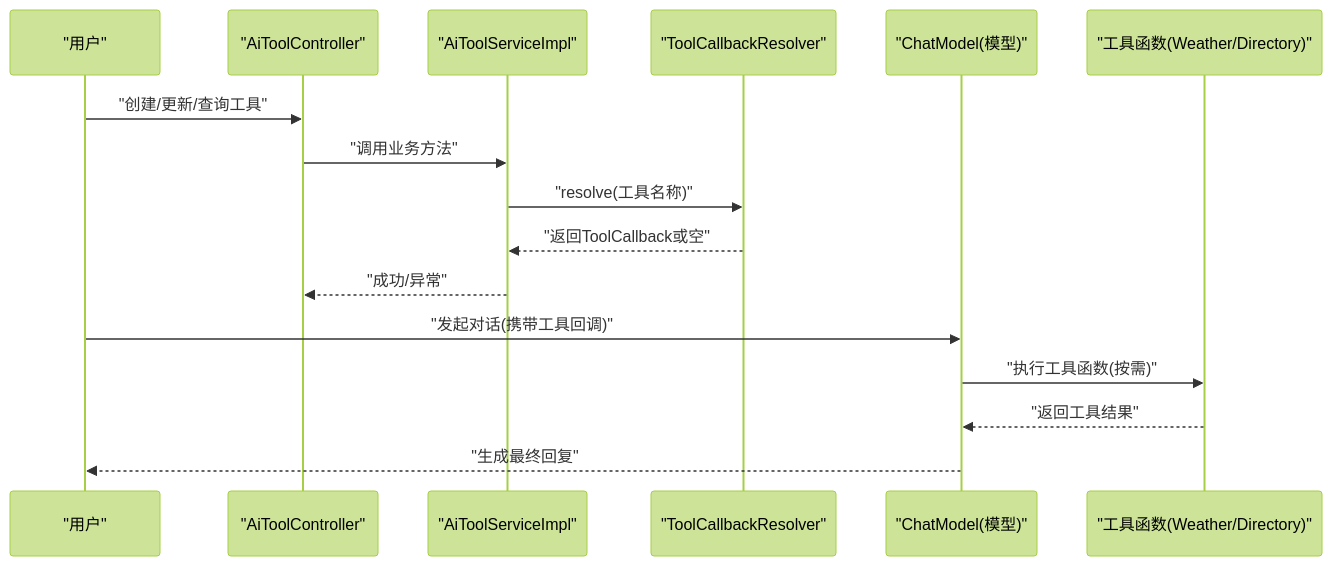
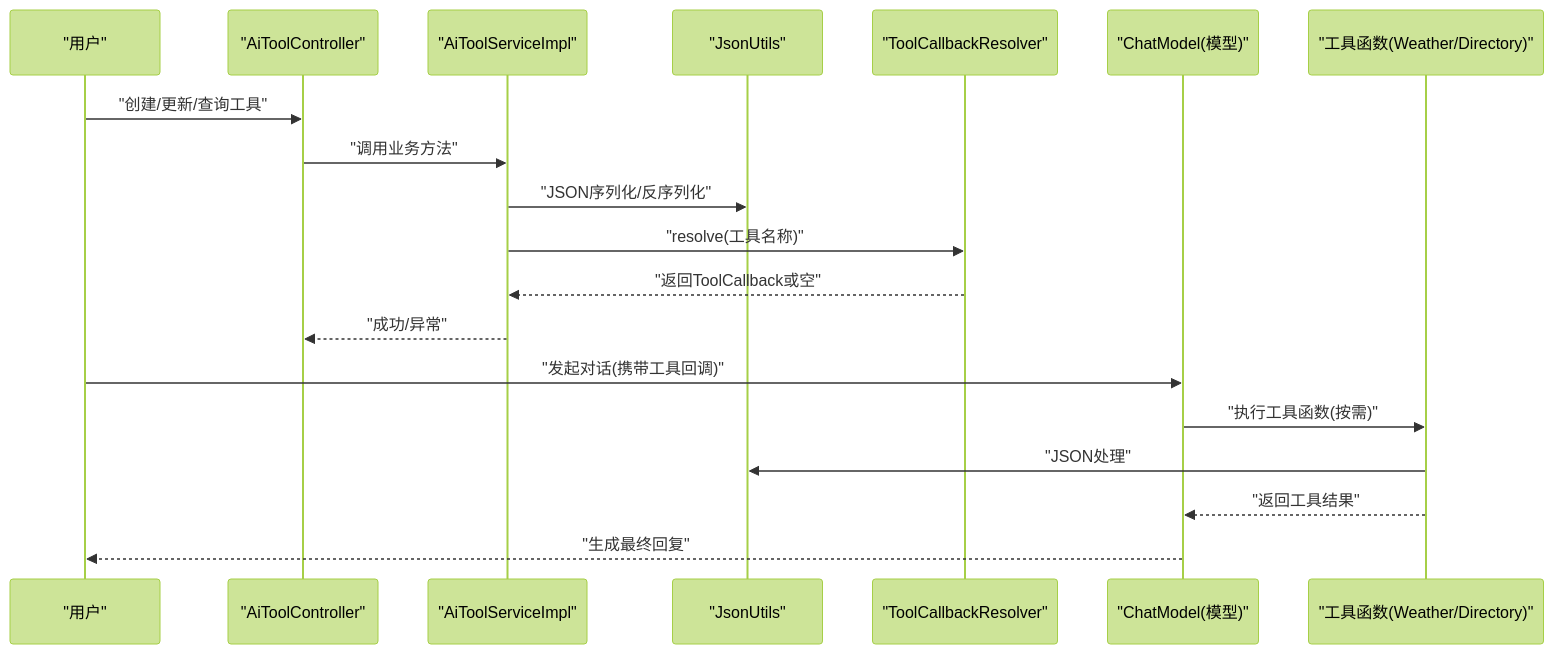
The second of 8 diagrams in .qoder/repowiki/zh/content/工具函数系统.md (X555LB/data-ai), drawn with Mermaid (forest theme) before and after one commit. The commit also changed other lines of this file and 11 other files, not shown here.

````diff
--- a/.qoder/repowiki/zh/content/工具函数系统.md
+++ b/.qoder/repowiki/zh/content/工具函数系统.md
@@ -114,18 +141,21 @@
 ```mermaid
 sequenceDiagram
 participant U as "用户"
 participant C as "AiToolController"
 participant S as "AiToolServiceImpl"
+participant J as "JsonUtils"
 participant R as "ToolCallbackResolver"
 participant M as "ChatModel(模型)"
 participant F as "工具函数(Weather/Directory)"
 U->>C : "创建/更新/查询工具"
 C->>S : "调用业务方法"
+S->>J : "JSON序列化/反序列化"
 S->>R : "resolve(工具名称)"
 R-->>S : "返回ToolCallback或空"
 S-->>C : "成功/异常"
 U->>M : "发起对话(携带工具回调)"
 M->>F : "执行工具函数(按需)"
+F->>J : "JSON处理"
 F-->>M : "返回工具结果"
 M-->>U : "生成最终回复"
 ```
````
